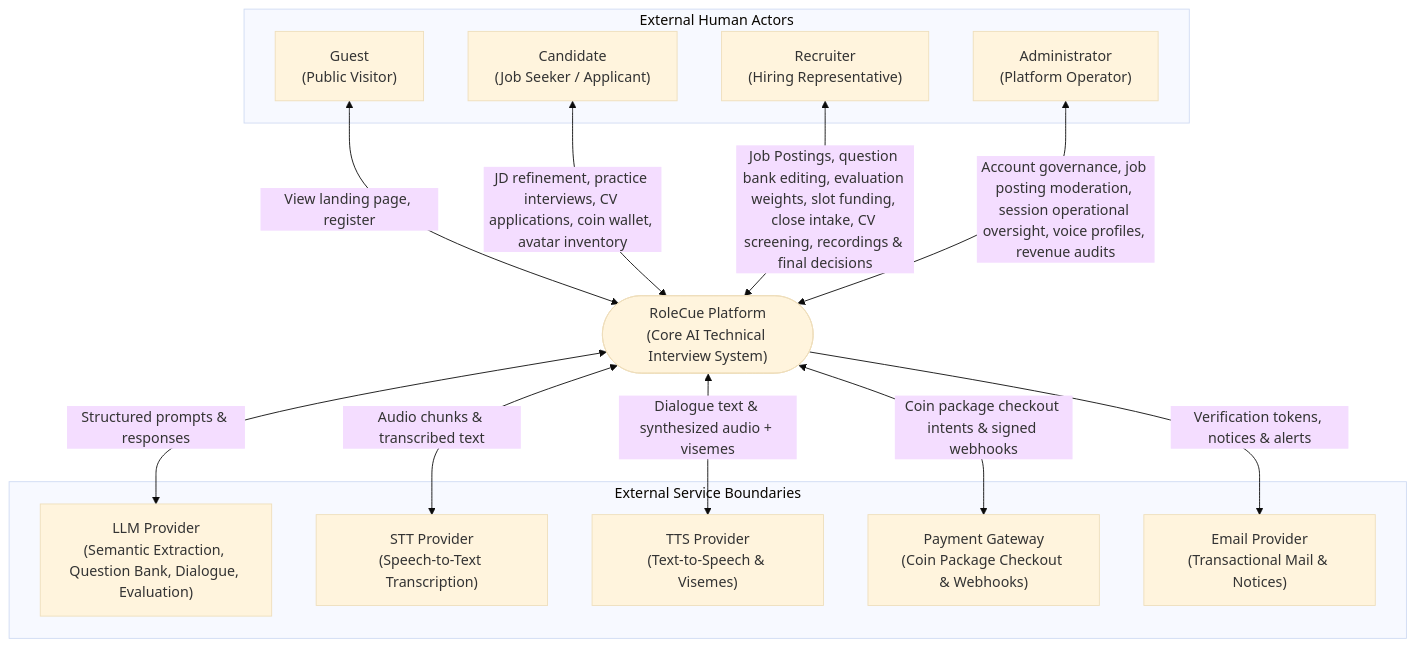
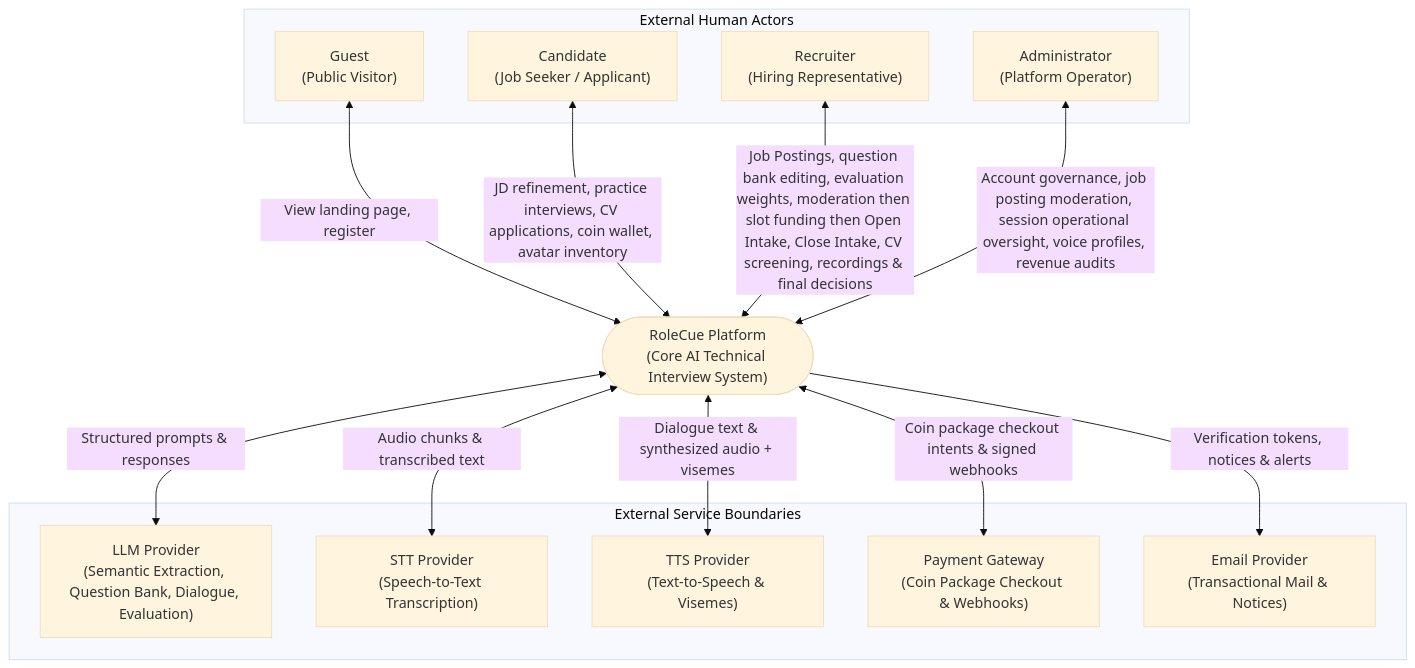
One commit to cog-forge/role-cue-brain changed the diagram in 02_System/Context.md. Above: the diagram before and after it, drawn with Mermaid (base theme). The commit also changed other lines of this file and 14 other files, not shown here.

````diff
--- a/02_System/Context.md
+++ b/02_System/Context.md
@@ -33,32 +33,32 @@
 ```mermaid
 flowchart TD
     subgraph ExternalActors["External Human Actors"]
         GUEST["Guest<br/>(Public Visitor)"]
         CAND["Candidate<br/>(Job Seeker / Applicant)"]
         REC["Recruiter<br/>(Hiring Representative)"]
         ADMIN["Administrator<br/>(Platform Operator)"]
     end
 
     SYSTEM(["RoleCue Platform<br/>(Core AI Technical Interview System)"])
 
     subgraph ExternalServices["External Service Boundaries"]
         LLM["LLM Provider<br/>(Semantic Extraction, Question Bank, Dialogue, Evaluation)"]
         STT["STT Provider<br/>(Speech-to-Text Transcription)"]
         TTS["TTS Provider<br/>(Text-to-Speech & Visemes)"]
         PAY["Payment Gateway<br/>(Coin Package Checkout & Webhooks)"]
         EMAIL["Email Provider<br/>(Transactional Mail & Notices)"]
     end
 
     %% Actor Interactions
     GUEST <-->|"View landing page, register"| SYSTEM
     CAND <-->|"JD refinement, practice interviews, CV applications, coin wallet, avatar inventory"| SYSTEM
-    REC <-->|"Job Postings, question bank editing, evaluation weights, slot funding, close intake, CV screening, recordings & final decisions"| SYSTEM
+    REC <-->|"Job Postings, question bank editing, evaluation weights, moderation then slot funding then Open Intake, Close Intake, CV screening, recordings & final decisions"| SYSTEM
     ADMIN <-->|"Account governance, job posting moderation, session operational oversight, voice profiles, revenue audits"| SYSTEM
 
     %% Service Interactions
     SYSTEM <-->|"Structured prompts & responses"| LLM
     SYSTEM <-->|"Audio chunks & transcribed text"| STT
     SYSTEM <-->|"Dialogue text & synthesized audio + visemes"| TTS
     SYSTEM <-->|"Coin package checkout intents & signed webhooks"| PAY
     SYSTEM -->|"Verification tokens, notices & alerts"| EMAIL
 ```
````
